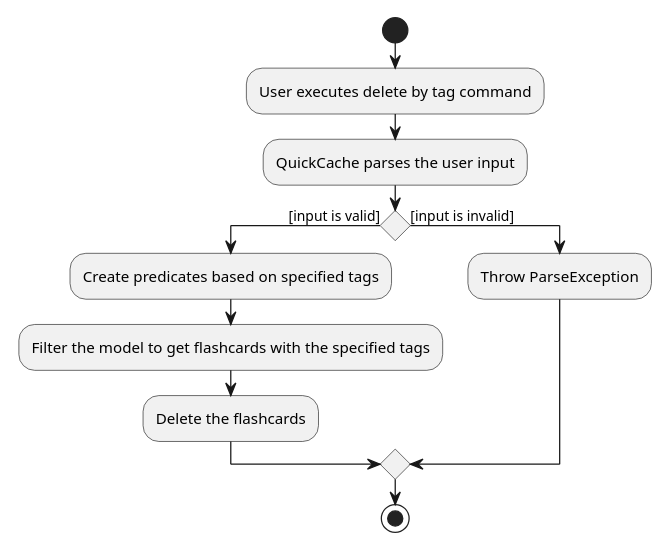
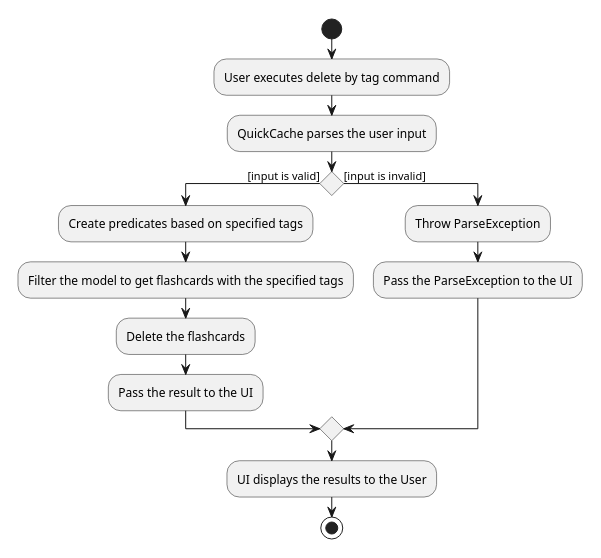
One commit to nus-cs2103-AY2021S1/tp changed the diagram in docs/diagrams/DeleteByTagActivityDiagram.puml. Above: the diagram before and after it, drawn with PlantUML. The commit also changed 17 other files, not shown here.

Commit message:
Add additional details to the diagram Add details about passing the result/exceptions to the UI to make things clearer.

```diff
--- a/docs/diagrams/DeleteByTagActivityDiagram.puml
+++ b/docs/diagrams/DeleteByTagActivityDiagram.puml
@@ -1,17 +1,20 @@
 @startuml
 scale max 300 height
 
 start
 
 :User executes delete by tag command;
 :QuickCache parses the user input;
 if () then ([input is valid])
     :Create predicates based on specified tags;
     :Filter the model to get flashcards with the specified tags;
     :Delete the flashcards;
+    :Pass the result to the UI;
 else ([input is invalid])
     :Throw ParseException;
+    :Pass the ParseException to the UI;
 endif
+:UI displays the results to the User;
 
 stop
 @enduml
```
